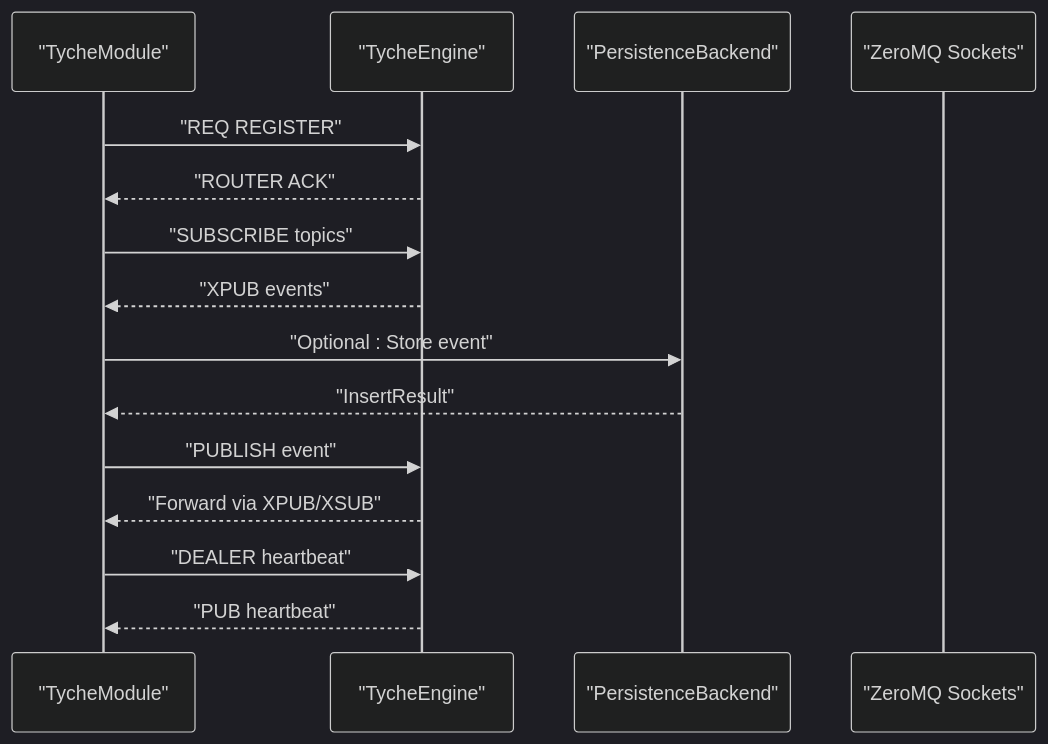
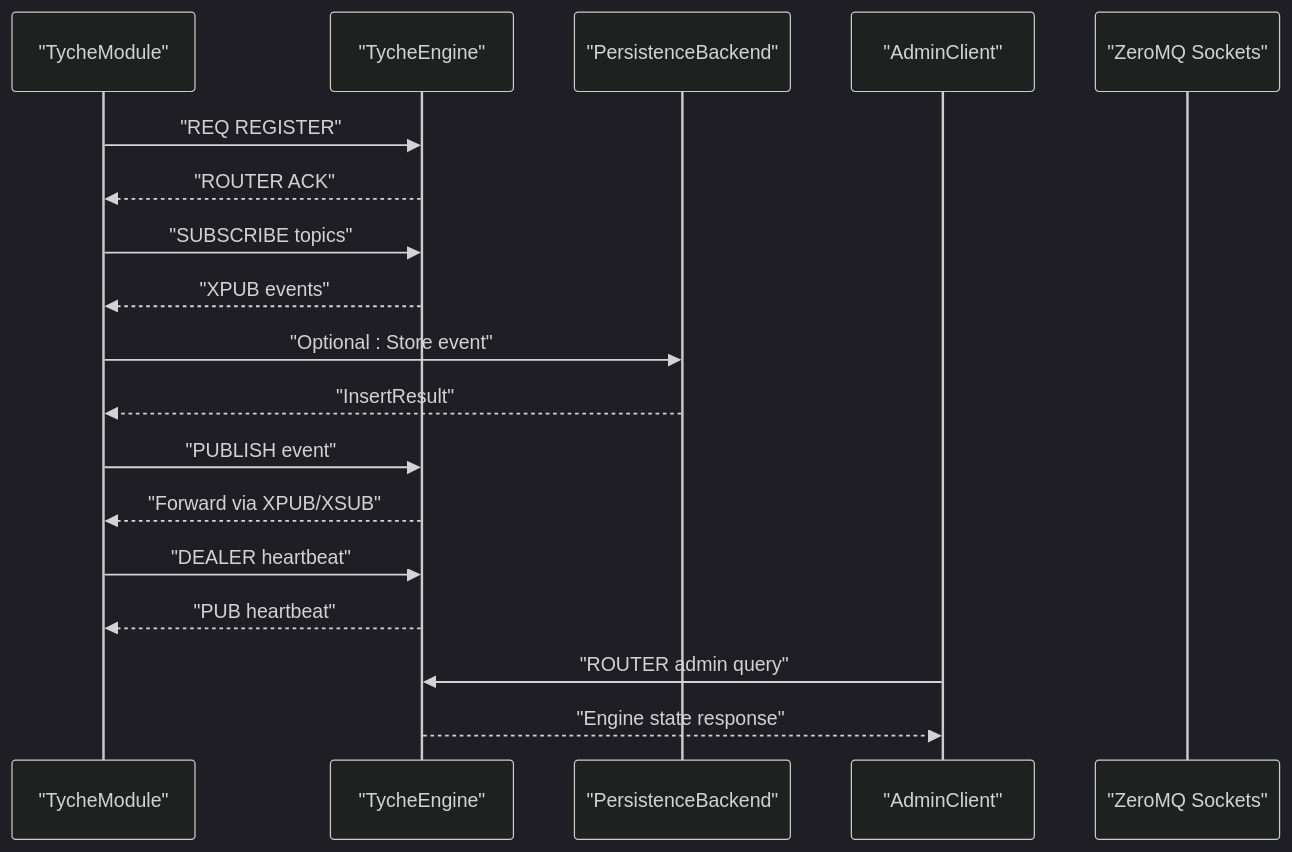
Before and after one commit to zt281/TycheEngine: the second of 17 diagrams in .qoder/repowiki/en/content/Message System.md, drawn with Mermaid (dark theme). The commit also changed other lines of this file and 34 other files, not shown here.

````diff
--- a/.qoder/repowiki/en/content/Message System.md
+++ b/.qoder/repowiki/en/content/Message System.md
@@ -182,17 +191,20 @@
 ```mermaid
 sequenceDiagram
 participant Mod as "TycheModule"
 participant Eng as "TycheEngine"
 participant Pers as "PersistenceBackend"
+participant Admin as "AdminClient"
 participant ZMQ as "ZeroMQ Sockets"
 Mod->>Eng : "REQ REGISTER"
 Eng-->>Mod : "ROUTER ACK"
 Mod->>Eng : "SUBSCRIBE topics"
 Eng-->>Mod : "XPUB events"
 Mod->>Pers : "Optional : Store event"
 Pers-->>Mod : "InsertResult"
 Mod->>Eng : "PUBLISH event"
 Eng-->>Mod : "Forward via XPUB/XSUB"
 Mod->>Eng : "DEALER heartbeat"
 Eng-->>Mod : "PUB heartbeat"
+Admin->>Eng : "ROUTER admin query"
+Eng-->>Admin : "Engine state response"
 ```
````
